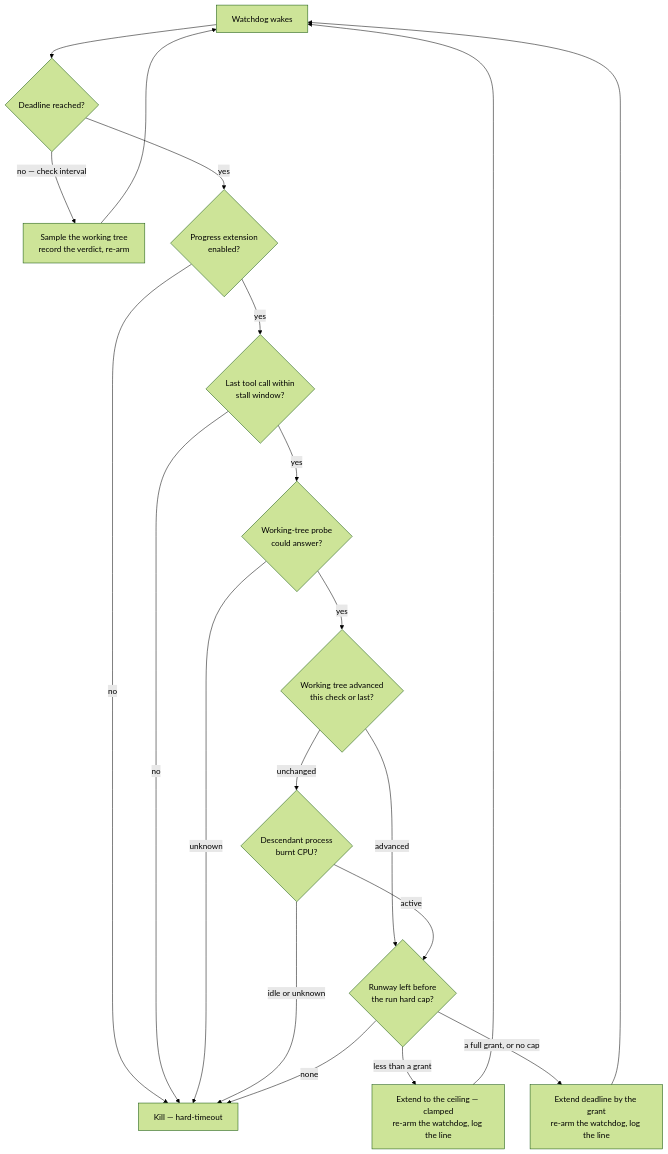
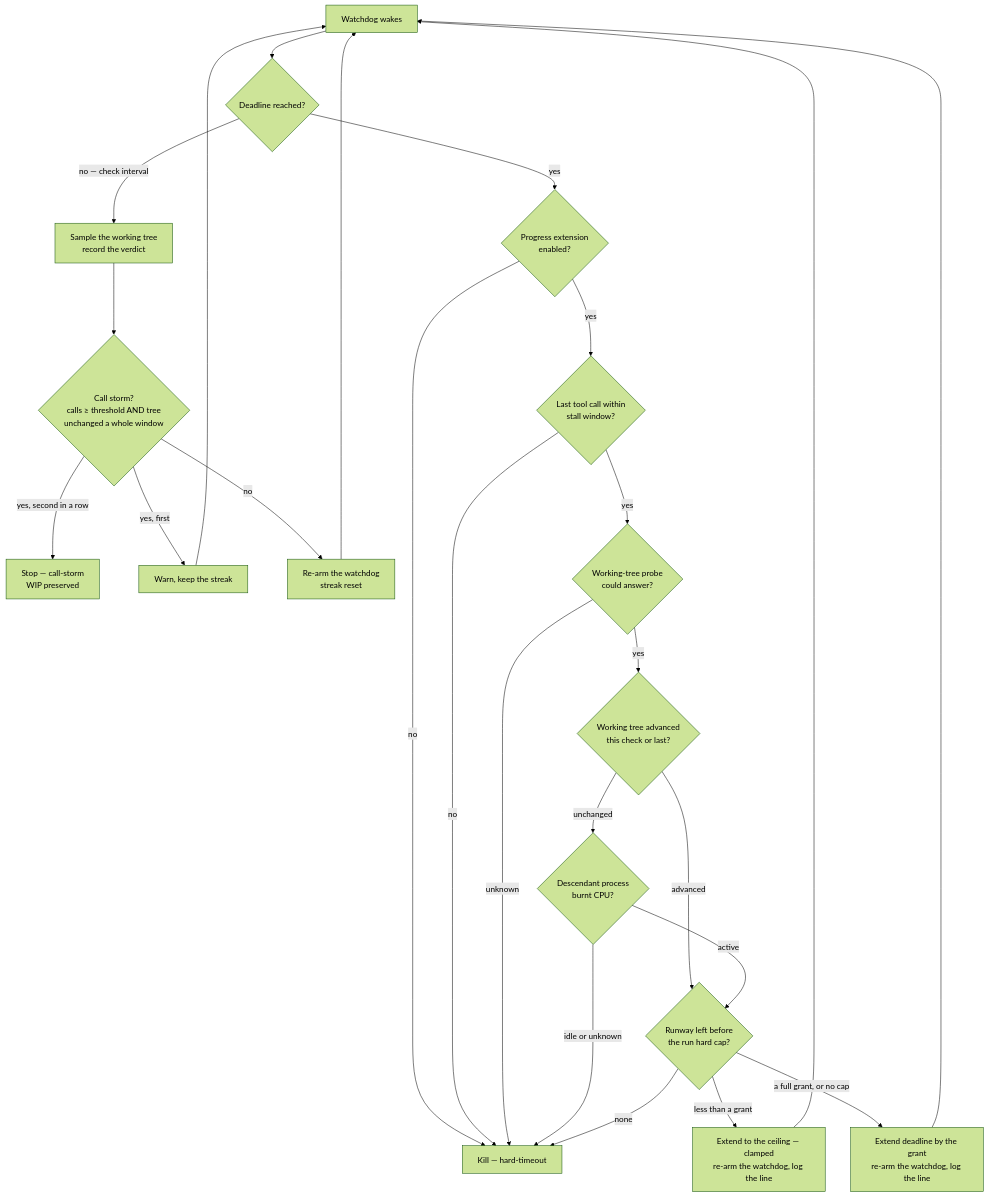
Diagram 13 of 22 in docs/CONFIGURATION.md (stSoftwareAU/VibeCoder), drawn with Mermaid (forest theme) before and after one commit. The commit also changed other lines of this file and 19 other files, not shown here.

First line of the commit message:
Stop a call storm that advances nothing (Issue #2230) (#2252)

````diff
--- a/docs/CONFIGURATION.md
+++ b/docs/CONFIGURATION.md
@@ -2316,22 +2319,27 @@
 ```mermaid
 flowchart TD
     W[Watchdog wakes] --> I{Deadline reached?}
-    I -->|no — check interval| S[Sample the working tree<br/>record the verdict, re-arm]
-    S --> W
+    I -->|no — check interval| S[Sample the working tree<br/>record the verdict]
+    S --> P{Call storm?<br/>calls ≥ threshold AND tree<br/>unchanged a whole window}
+    P -->|yes, second in a row| KS[Stop — call-storm<br/>WIP preserved]
+    P -->|yes, first| RW[Warn, keep the streak]
+    P -->|no| RA[Re-arm the watchdog<br/>streak reset]
+    RW --> W
+    RA --> W
     I -->|yes| B{Progress extension<br/>enabled?}
     B -->|no| K[Kill — hard-timeout]
     B -->|yes| C{Last tool call within<br/>stall window?}
     C -->|no| K
     C -->|yes| U{Working-tree probe<br/>could answer?}
     U -->|unknown| K
     U -->|yes| D{Working tree advanced<br/>this check or last?}
     D -->|advanced| F{Runway left before<br/>the run hard cap?}
     D -->|unchanged| X{Descendant process<br/>burnt CPU?}
     X -->|idle or unknown| K
     X -->|active| F
     F -->|none| K
     F -->|less than a grant| G[Extend to the ceiling — clamped<br/>re-arm the watchdog, log the line]
     F -->|a full grant, or no cap| E[Extend deadline by the grant<br/>re-arm the watchdog, log the line]
     E --> W
     G --> W
 ```
````
